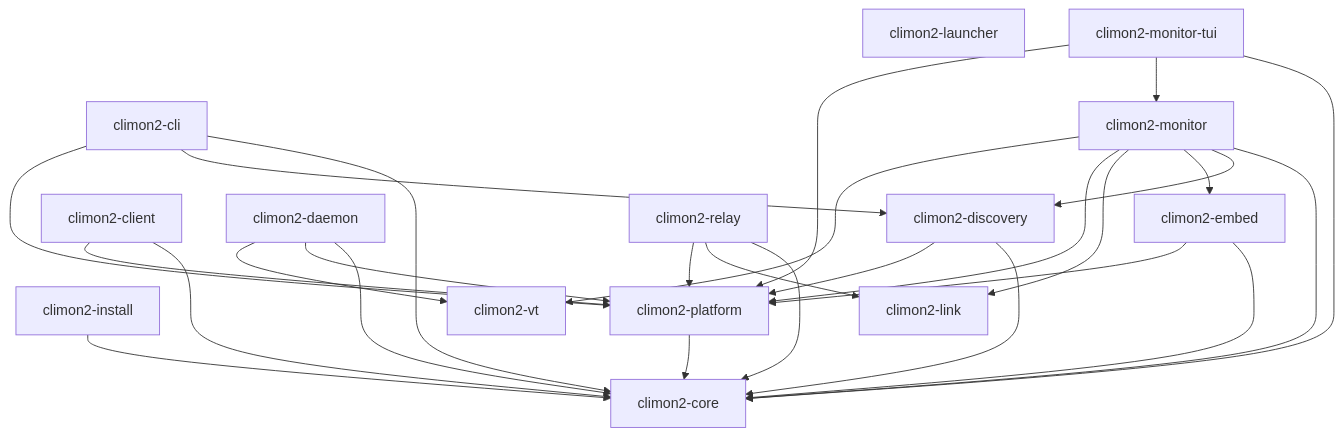
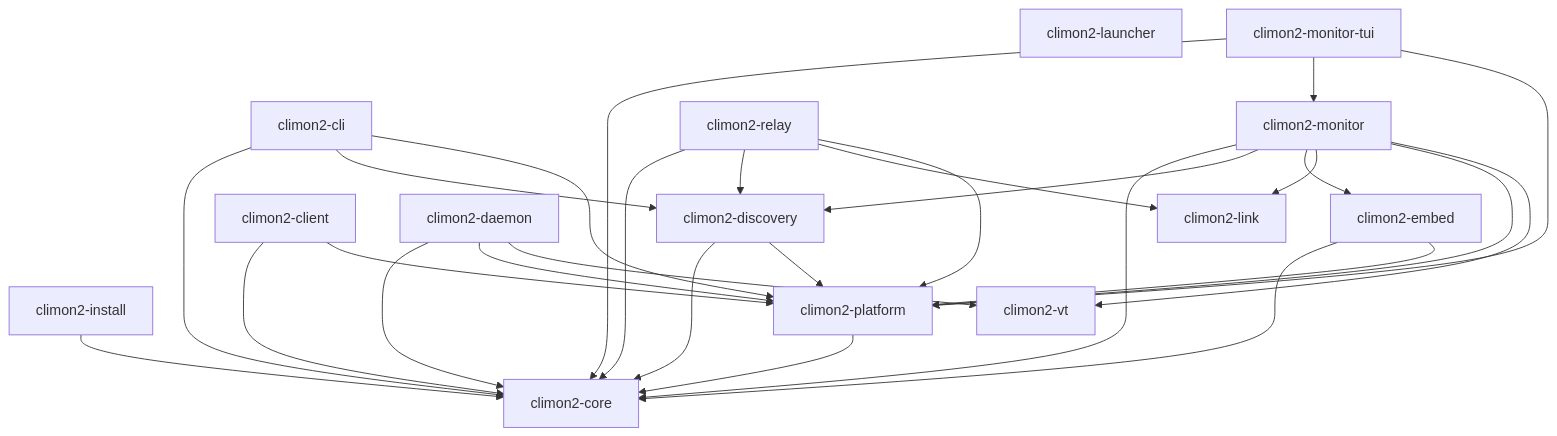
One commit to jackgeek/climon2 changed the first of 3 diagrams in docs/for-humans/architecture/crate-relationships.md. Above: the diagram before and after it, drawn with Mermaid. The commit also changed other lines of this file and 8 other files, not shown here.

````diff
--- a/docs/for-humans/architecture/crate-relationships.md
+++ b/docs/for-humans/architecture/crate-relationships.md
@@ -14,44 +14,45 @@
 ```mermaid
 flowchart TB
     launcher["climon2-launcher"]
     cli["climon2-cli"]
     discovery["climon2-discovery"]
     client["climon2-client"]
     daemon["climon2-daemon"]
     install["climon2-install"]
     tui["climon2-monitor-tui"]
     monitor["climon2-monitor"]
     embed["climon2-embed"]
     relay["climon2-relay"]
     platform["climon2-platform"]
     core["climon2-core"]
     vt["climon2-vt"]
     link["climon2-link"]
 
     cli --> core
     cli --> discovery
     cli --> platform
     discovery --> core
     discovery --> platform
     client --> core
     client --> platform
     daemon --> core
     daemon --> platform
     daemon --> vt
     install --> core
     embed --> core
     embed --> platform
     monitor --> core
     monitor --> discovery
     monitor --> embed
     monitor --> link
     monitor --> platform
     monitor --> vt
     relay --> core
+    relay --> discovery
     relay --> link
     relay --> platform
     tui --> core
     tui --> monitor
     tui --> platform
     platform --> core
 ```
````
